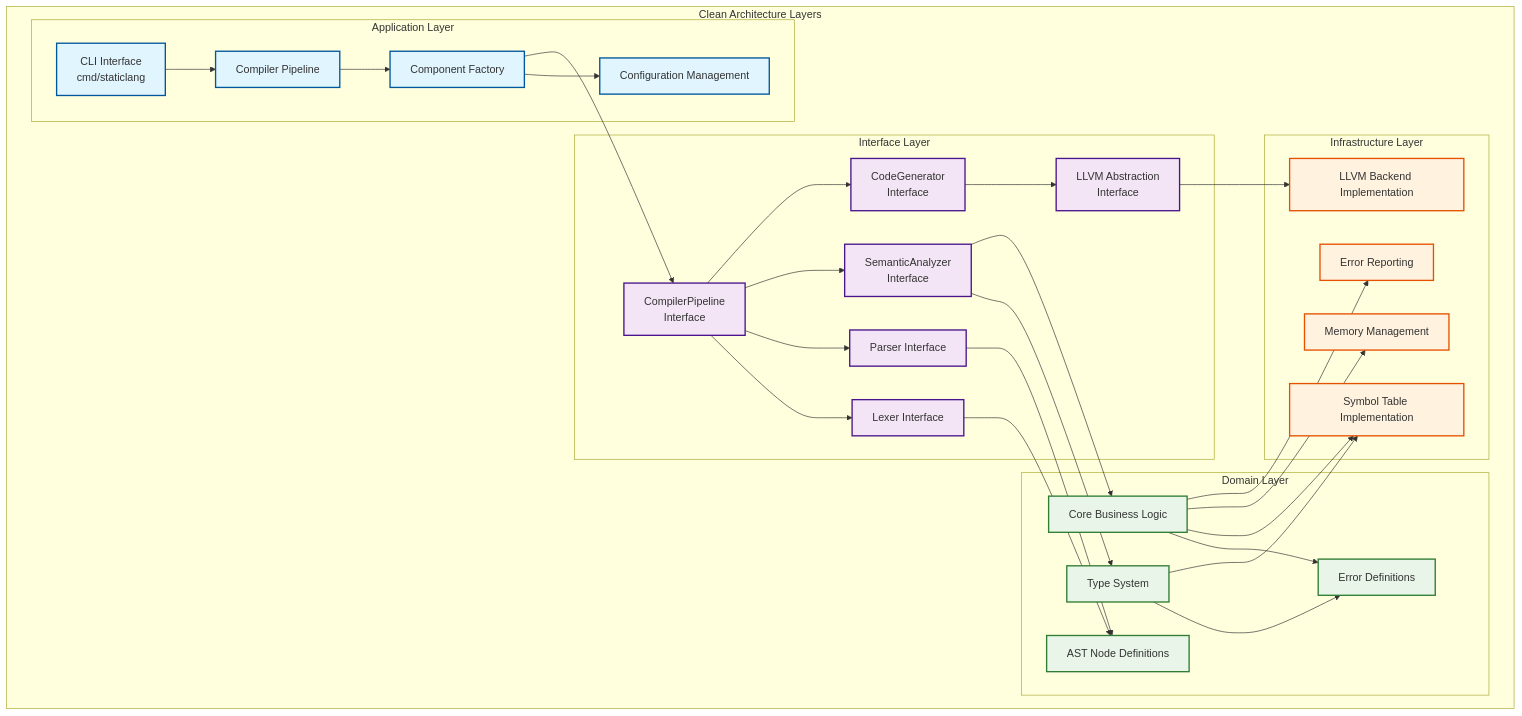
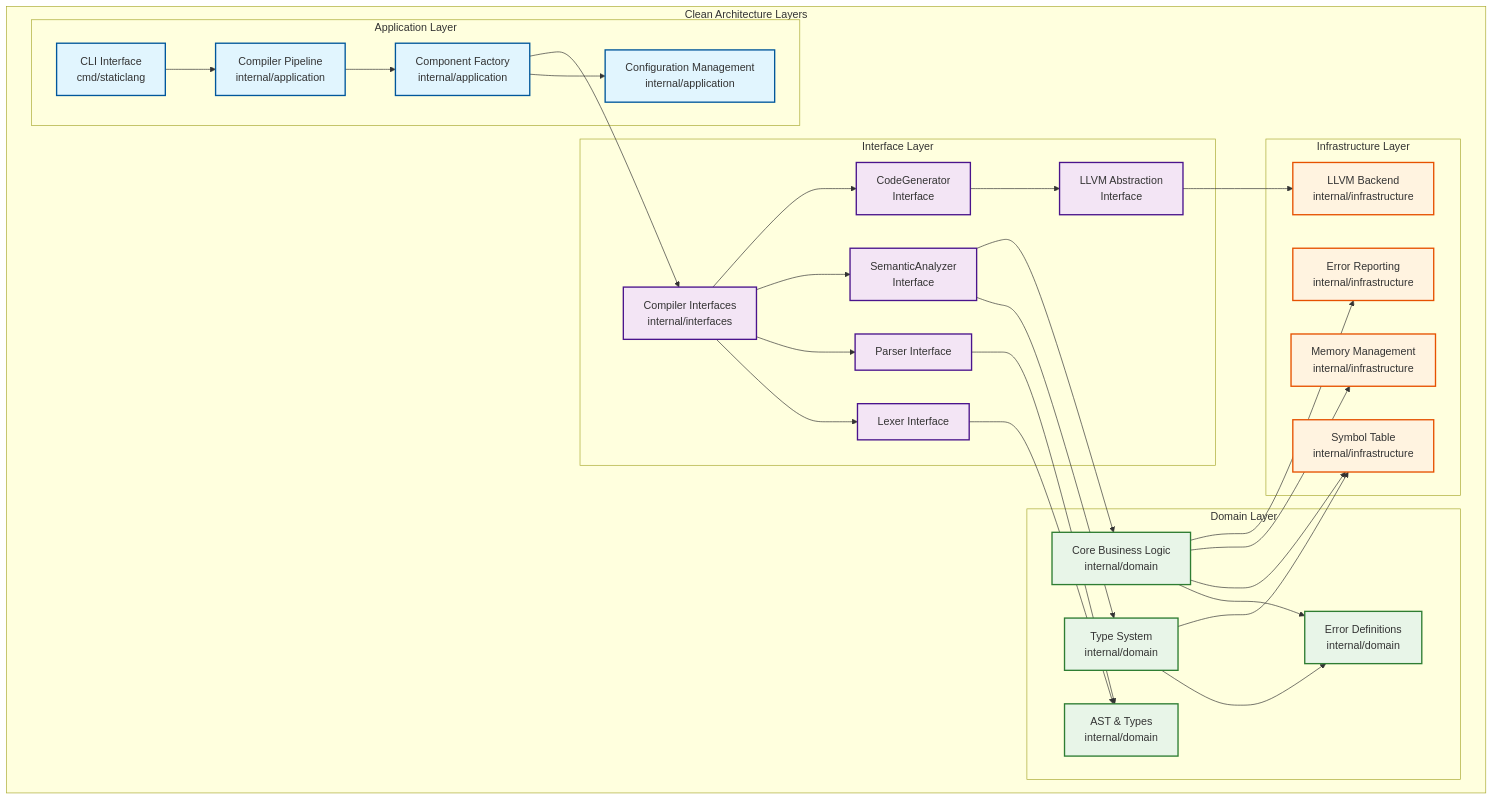
One commit to sokoide/llvm5 changed the diagram in ARCHITECTURE.md. Above: the diagram before and after it, drawn with Mermaid. The commit also changed other lines of this file and 1 other file, not shown here.

Commit message:
update: ARCHITECTURE*.md

````diff
--- a/ARCHITECTURE.md
+++ b/ARCHITECTURE.md
@@ -9,70 +9,70 @@
 ```mermaid
 graph TB
     subgraph "Clean Architecture Layers"
 
         subgraph "Application Layer"
             CLI["CLI Interface<br/>cmd/staticlang"]
-            Pipeline["Compiler Pipeline"]
-            Factory["Component Factory"]
-            Config["Configuration Management"]
+            Pipeline["Compiler Pipeline<br/>internal/application"]
+            Factory["Component Factory<br/>internal/application"]
+            Config["Configuration Management<br/>internal/application"]
         end
 
         subgraph "Interface Layer"
-            CompilerIntf["CompilerPipeline<br/>Interface"]
+            CompilerIntf["Compiler Interfaces<br/>internal/interfaces"]
             LexerIntf["Lexer Interface"]
             ParserIntf["Parser Interface"]
             AnalyzerIntf["SemanticAnalyzer<br/>Interface"]
             GeneratorIntf["CodeGenerator<br/>Interface"]
             LLVMIntf["LLVM Abstraction<br/>Interface"]
         end
 
         subgraph "Domain Layer"
-            AST["AST Node Definitions"]
-            TypeSystem["Type System"]
-            BusinessLogic["Core Business Logic"]
-            ErrorDefs["Error Definitions"]
+            AST["AST & Types<br/>internal/domain"]
+            TypeSystem["Type System<br/>internal/domain"]
+            BusinessLogic["Core Business Logic<br/>internal/domain"]
+            ErrorDefs["Error Definitions<br/>internal/domain"]
         end
 
         subgraph "Infrastructure Layer"
-            LLVMBackend["LLVM Backend Implementation"]
-            SymbolTable["Symbol Table Implementation"]
-            MemoryMgr["Memory Management"]
-            ErrorReporter["Error Reporting"]
+            LLVMBackend["LLVM Backend<br/>internal/infrastructure"]
+            SymbolTable["Symbol Table<br/>internal/infrastructure"]
+            MemoryMgr["Memory Management<br/>internal/infrastructure"]
+            ErrorReporter["Error Reporting<br/>internal/infrastructure"]
         end
 
         CLI --> Pipeline
         Pipeline --> Factory
         Factory --> Config
 
         Factory --> CompilerIntf
         CompilerIntf --> LexerIntf
         CompilerIntf --> ParserIntf
         CompilerIntf --> AnalyzerIntf
         CompilerIntf --> GeneratorIntf
 
         LexerIntf --> AST
         ParserIntf --> AST
         AnalyzerIntf --> TypeSystem
         AnalyzerIntf --> BusinessLogic
         GeneratorIntf --> LLVMIntf
 
         TypeSystem --> ErrorDefs
         BusinessLogic --> ErrorDefs
 
         LLVMIntf --> LLVMBackend
         TypeSystem --> SymbolTable
         BusinessLogic --> SymbolTable
         BusinessLogic --> MemoryMgr
         BusinessLogic --> ErrorReporter
 
         classDef applicationLayer fill:#e1f5fe,stroke:#01579b,stroke-width:2px
         classDef interfaceLayer fill:#f3e5f5,stroke:#4a148c,stroke-width:2px
         classDef domainLayer fill:#e8f5e8,stroke:#2e7d32,stroke-width:2px
         classDef infrastructureLayer fill:#fff3e0,stroke:#e65100,stroke-width:2px
 
         class CLI,Pipeline,Factory,Config applicationLayer
         class CompilerIntf,LexerIntf,ParserIntf,AnalyzerIntf,GeneratorIntf,LLVMIntf interfaceLayer
         class AST,TypeSystem,BusinessLogic,ErrorDefs domainLayer
         class LLVMBackend,SymbolTable,MemoryMgr,ErrorReporter infrastructureLayer
     end
 ```
````
